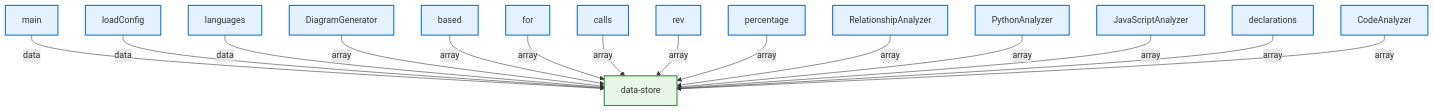
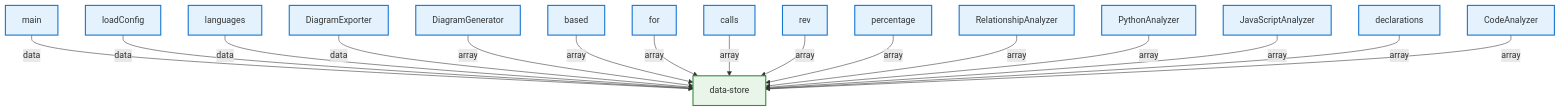
The diagram in docs/architecture/dataFlow.md (samjhill/diagrammer), drawn with Mermaid before and after one commit. The commit also changed other lines of this file and 73 other files, not shown here.

Commit message:
docs: Update architecture diagrams [skip ci]

````diff
--- a/docs/architecture/dataFlow.md
+++ b/docs/architecture/dataFlow.md
@@ -7,51 +7,54 @@
 ```mermaid
 graph TD
   classDef component fill:#e3f2fd,stroke:#1976d2,stroke-width:2px
   classDef data fill:#e8f5e8,stroke:#388e3c,stroke-width:2px
   classDef state fill:#fff3e0,stroke:#f57c00,stroke-width:2px
   classDef props fill:#f3e5f5,stroke:#7b1fa2,stroke-width:2px
 
   main["main"]:::component
   data_store["data-store"]:::data
   main -->|data| data_store
   loadConfig["loadConfig"]:::component
   data_store["data-store"]:::data
   loadConfig -->|data| data_store
   languages["languages"]:::component
   data_store["data-store"]:::data
   languages -->|data| data_store
+  DiagramExporter["DiagramExporter"]:::component
+  data_store["data-store"]:::data
+  DiagramExporter -->|data| data_store
   DiagramGenerator["DiagramGenerator"]:::component
   data_store["data-store"]:::data
   DiagramGenerator -->|array| data_store
   based["based"]:::component
   data_store["data-store"]:::data
   based -->|array| data_store
   for["for"]:::component
   data_store["data-store"]:::data
   for -->|array| data_store
   calls["calls"]:::component
   data_store["data-store"]:::data
   calls -->|array| data_store
   rev["rev"]:::component
   data_store["data-store"]:::data
   rev -->|array| data_store
   percentage["percentage"]:::component
   data_store["data-store"]:::data
   percentage -->|array| data_store
   RelationshipAnalyzer["RelationshipAnalyzer"]:::component
   data_store["data-store"]:::data
   RelationshipAnalyzer -->|array| data_store
   PythonAnalyzer["PythonAnalyzer"]:::component
   data_store["data-store"]:::data
   PythonAnalyzer -->|array| data_store
   JavaScriptAnalyzer["JavaScriptAnalyzer"]:::component
   data_store["data-store"]:::data
   JavaScriptAnalyzer -->|array| data_store
   declarations["declarations"]:::component
   data_store["data-store"]:::data
   declarations -->|array| data_store
   CodeAnalyzer["CodeAnalyzer"]:::component
   data_store["data-store"]:::data
   CodeAnalyzer -->|array| data_store
 
 ```
````
